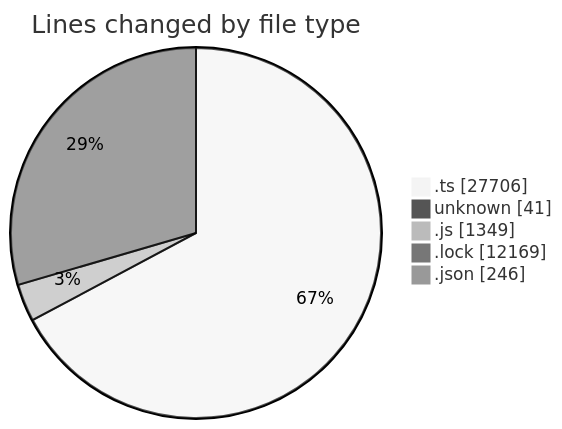
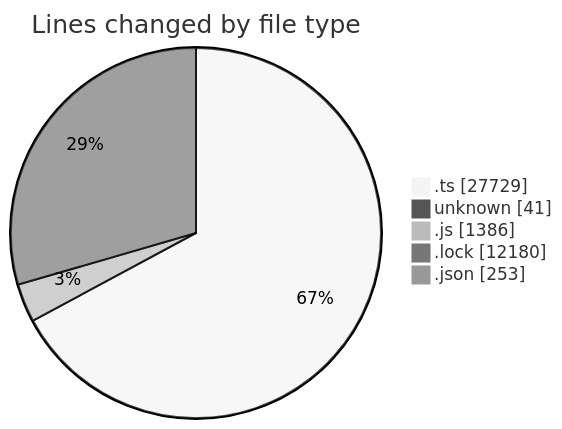
One commit to momahboobian/code-tracking changed the first of 2 diagrams in 2025-08-18/cda/README.md. Above: the diagram before and after it, drawn with Mermaid (neutral theme). The commit also changed other lines of this file and 1 other file, not shown here.

````diff
--- a/2025-08-18/cda/README.md
+++ b/2025-08-18/cda/README.md
@@ -39,9 +39,9 @@
 ```mermaid
 pie showData
 title Lines changed by file type
-".ts" : 27706
+".ts" : 27729
 "unknown" : 41
-".js" : 1349
-".lock" : 12169
-".json" : 246
+".js" : 1386
+".lock" : 12180
+".json" : 253
 ```
````
